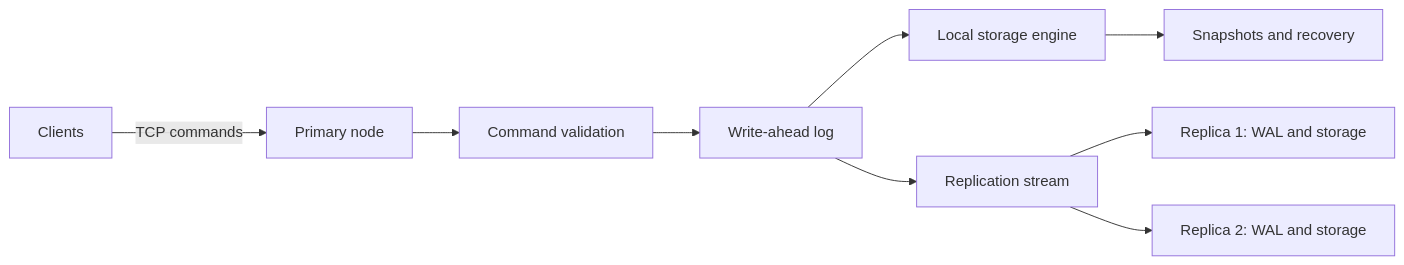
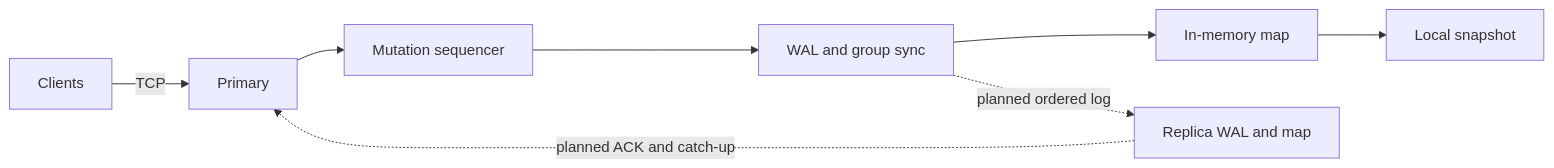
Before and after one commit to aarochu/DistributeDB: the diagram in README.md, drawn with Mermaid. The commit also changed other lines of this file and 4 other files, not shown here.

Commit message:
Validate recovery generations and provision replica identities

````diff
--- a/README.md
+++ b/README.md
@@ -38,11 +19,10 @@
 ```mermaid
 flowchart LR
-    C[Clients] -->|TCP commands| P[Primary node]
-    P --> V[Command validation]
-    V --> W[Write-ahead log]
-    W --> S[Local storage engine]
-    W --> R[Replication stream]
-    R --> F1[Replica 1: WAL and storage]
-    R --> F2[Replica 2: WAL and storage]
-    S --> N[Snapshots and recovery]
+    C[Clients] -->|TCP| P[Primary]
+    P --> Q[Mutation sequencer]
+    Q --> W[WAL and group sync]
+    W --> M[In-memory map]
+    W -.->|planned ordered log| R[Replica WAL and map]
+    M --> S[Local snapshot]
+    R -.->|planned ACK and catch-up| P
 ```
````
